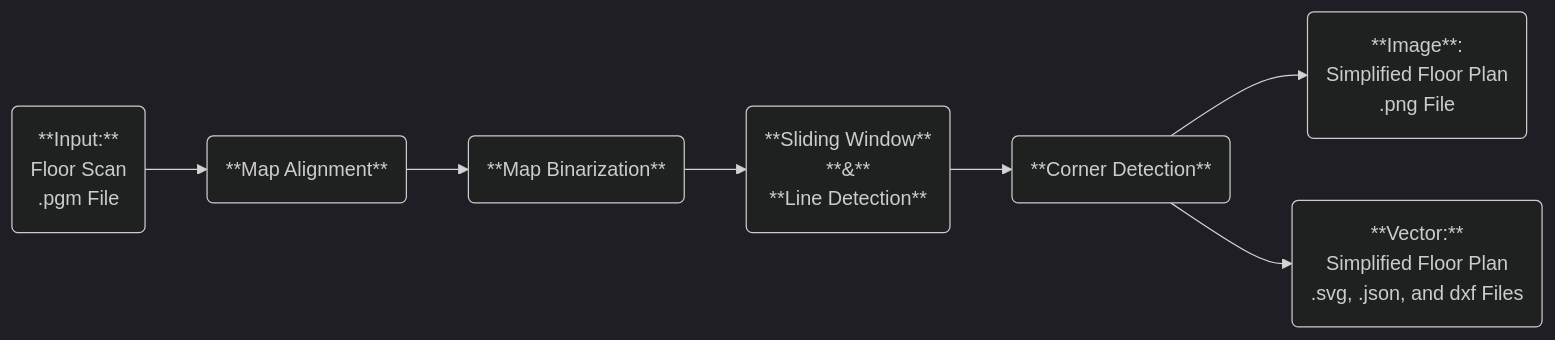
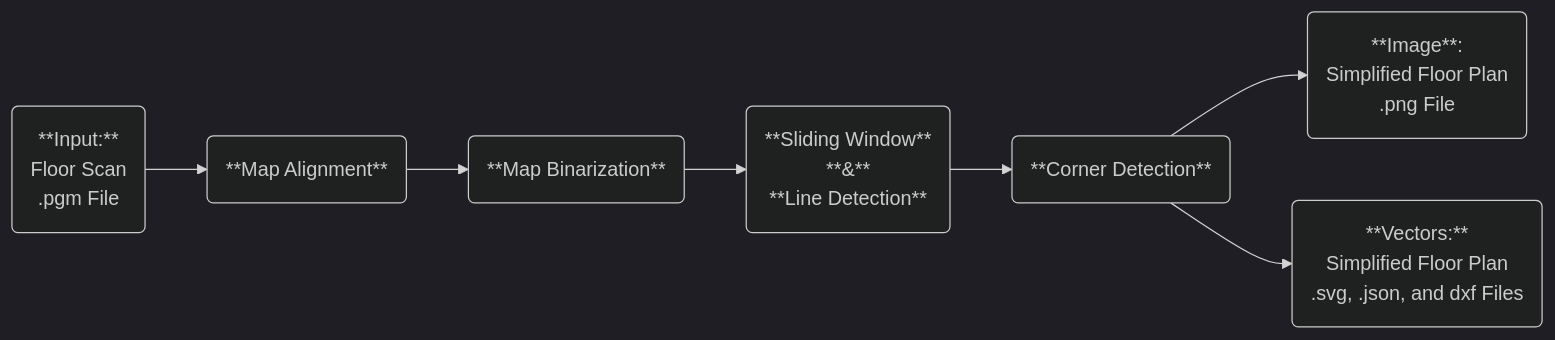
One commit to rauldds/pgm_simplification changed the diagram in README.md. Above: the diagram before and after it, drawn with Mermaid (dark theme). The commit also changed other lines of this file, not shown here.

````diff
--- a/README.md
+++ b/README.md
@@ -7,9 +7,9 @@
 ```mermaid
   graph LR
   Input(**Input:** <br> Floor Scan <br> .pgm File) --> Align(**Map Alignment**)
   Align --> Binary(**Map Binarization**)
   Binary --> Window(**Sliding Window** <br> **&** <br> **Line Detection**)
   Window --> Corner(**Corner Detection**)
   Corner --> PNG(**Image**: <br> Simplified Floor Plan <br>.png File)
-  Corner --> Vector(**Vector:** <br> Simplified Floor Plan <br> .svg, .json, and dxf Files)
+  Corner --> Vector(**Vectors:** <br> Simplified Floor Plan <br> .svg, .json, and dxf Files)
 ```
````
